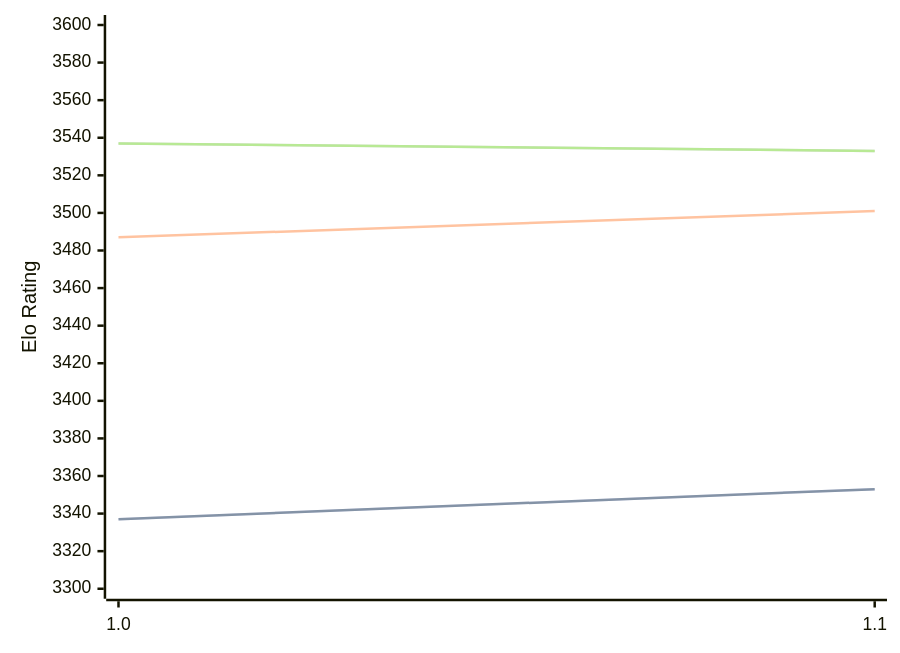
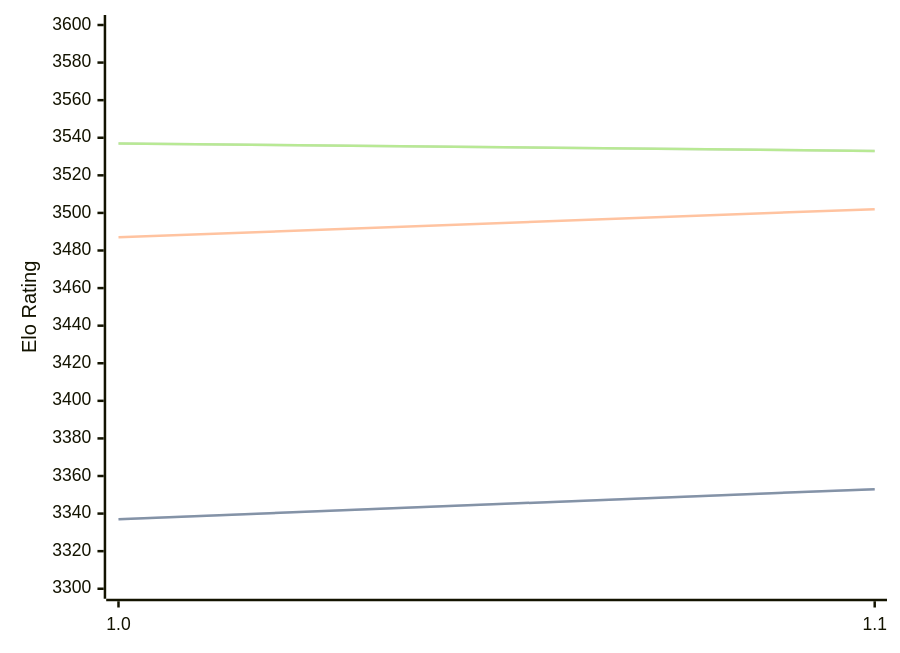
One commit to computer-chess-index/cci changed the diagram in engines/Horsie.md. Above: the diagram before and after it, drawn with Mermaid. The commit also changed other lines of this file, not shown here.

````diff
--- a/engines/Horsie.md
+++ b/engines/Horsie.md
@@ -32,11 +32,11 @@
 ```mermaid
 %%{init: {"theme":"base","themeVariables":{"seriesColors:['#a3a3a3','#222221','#faa371']}}}%%
 xychart-beta
   x-axis ["1.0", "1.1"]
   y-axis "Elo Rating" 3300 --> 3600
   line "" [3337, 3353]
   line "STC (8.0+0.08s)" [3337, 3353]
-  line "LTC (60.0+0.60s)" [3487, 3501]
+  line "LTC (60.0+0.60s)" [3487, 3502]
   line "" [3537, 3533]
   line "VLTC (2m24s+1.12s)" [3537, 3533]
 ```
````
